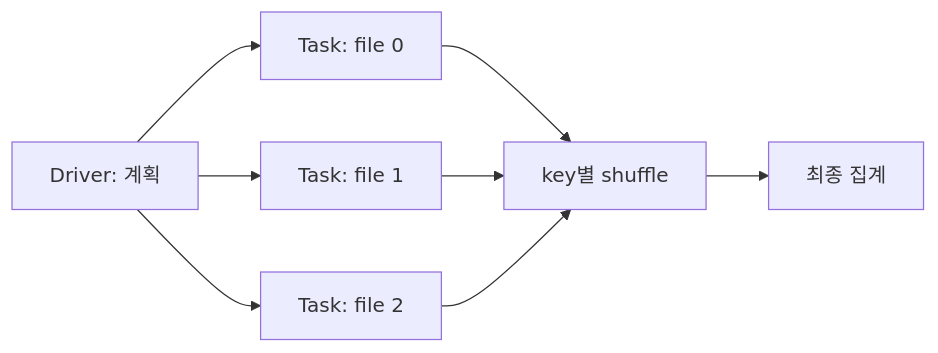
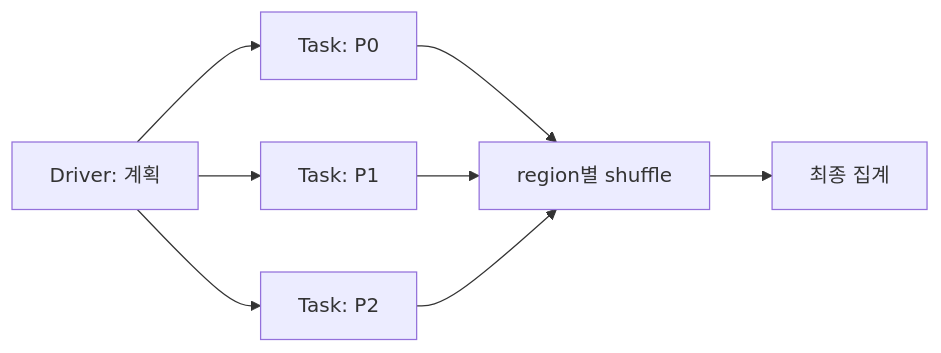
One commit to mj006648/netai-devsecops-runbook changed the diagram in learning/apache-spark/00-data-to-spark.md. Above: the diagram before and after it, drawn with Mermaid. The commit also changed other lines of this file and 62 other files, not shown here.

````diff
--- a/learning/apache-spark/00-data-to-spark.md
+++ b/learning/apache-spark/00-data-to-spark.md
@@ -79,10 +87,10 @@
 ```mermaid
 flowchart LR
-    D["Driver: 계획"] --> T0["Task: file 0"]
-    D --> T1["Task: file 1"]
-    D --> T2["Task: file 2"]
-    T0 --> S["key별 shuffle"]
+    D[Driver: 계획] --> T0[Task: P0]
+    D --> T1[Task: P1]
+    D --> T2[Task: P2]
+    T0 --> S[region별 shuffle]
     T1 --> S
     T2 --> S
-    S --> R["최종 집계"]
+    S --> R[최종 집계]
 ```
````
